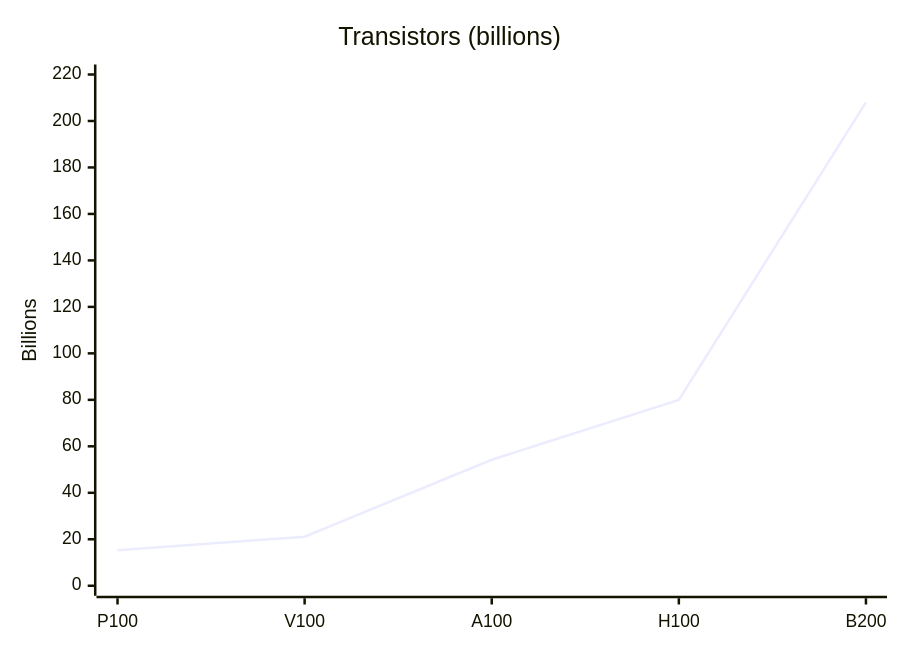
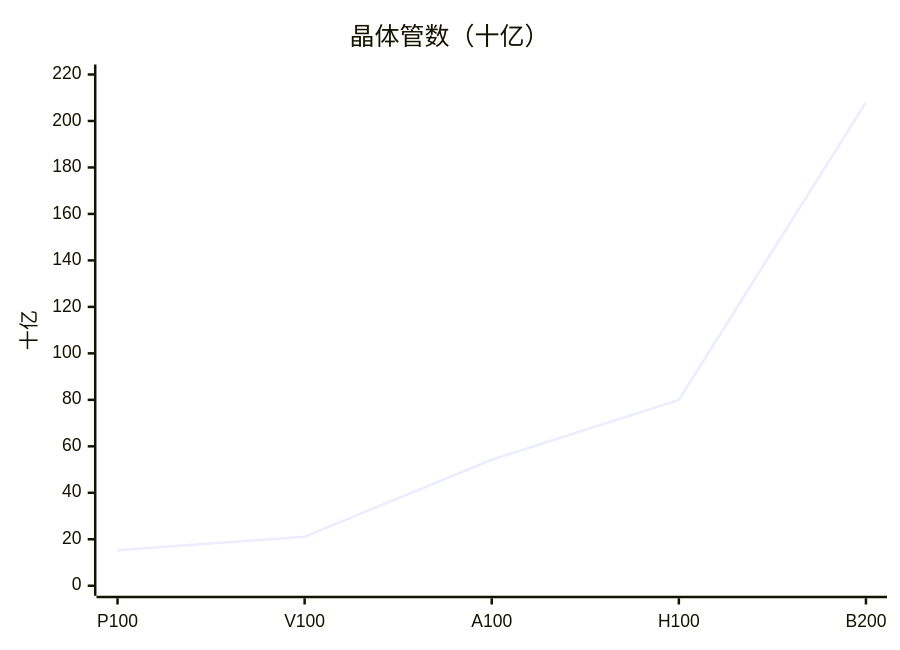
Before and after one commit to lxy-alexander/VoidIndex: the sixth of 13 diagrams in src/content/posts/nvidia-gpu-architectures.md, drawn with Mermaid. The commit also changed other lines of this file and 4 other files, not shown here.

````diff
--- a/src/content/posts/nvidia-gpu-architectures.md
+++ b/src/content/posts/nvidia-gpu-architectures.md
@@ -77,7 +77,7 @@
 ```mermaid
 xychart-beta
-  title "Transistors (billions)"
+  title "晶体管数（十亿）"
   x-axis [P100, V100, A100, H100, B200]
-  y-axis "Billions" 0 --> 220
+  y-axis "十亿" 0 --> 220
   line [15.3, 21.1, 54.2, 80, 208]
 ```
````
